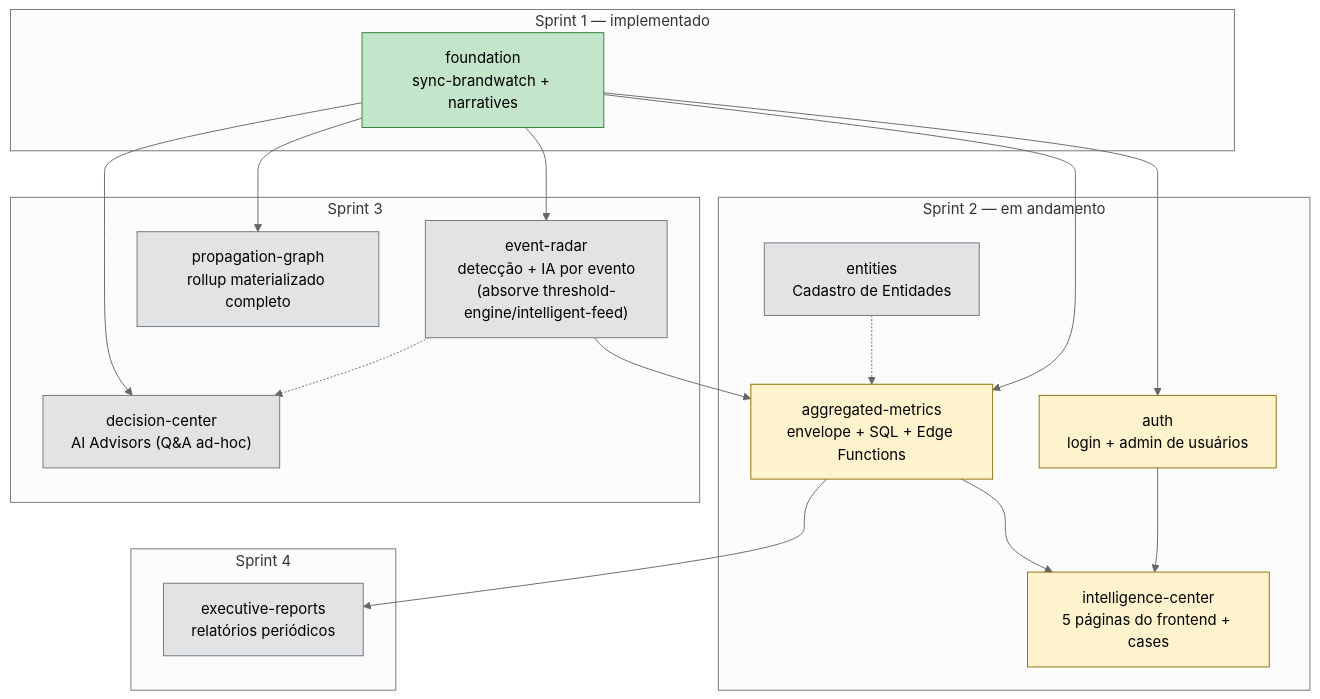
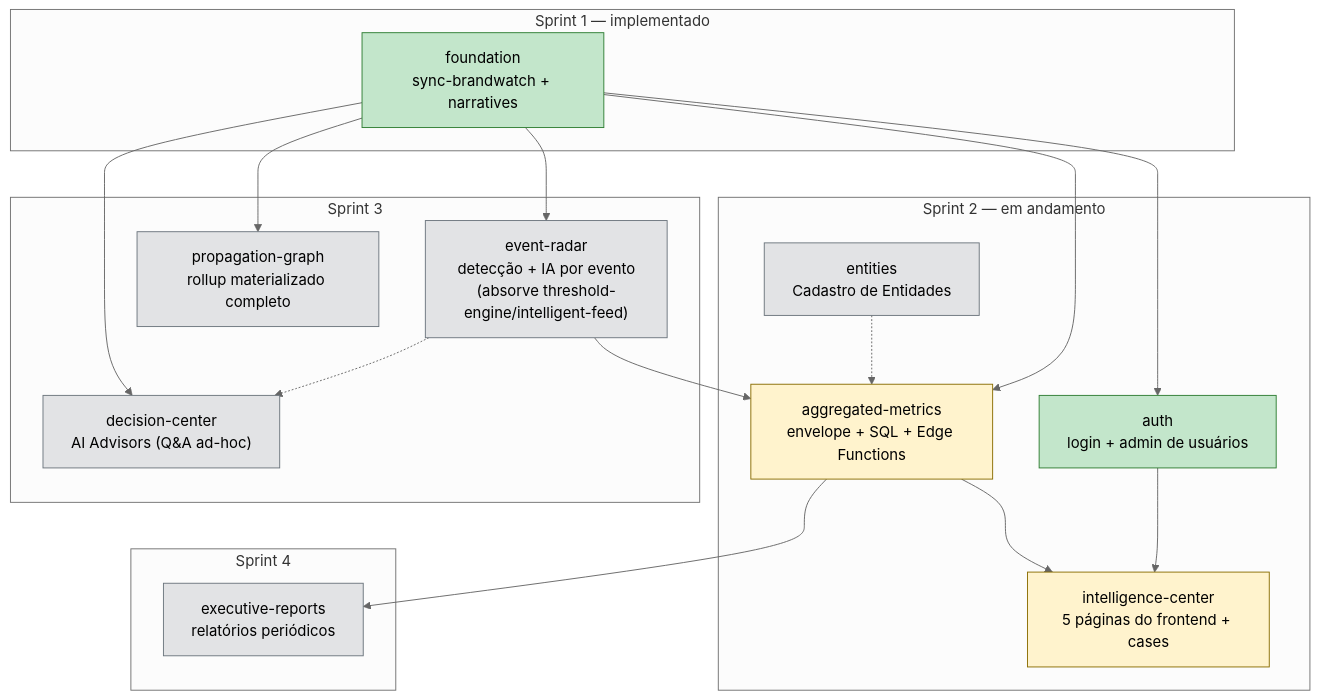
Before and after one commit to reputationcustom/dev-reputation: the diagram in .dev/specs/_architecture.md, drawn with Mermaid (neutral theme). The commit also changed other lines of this file and 16 other files, not shown here.

````diff
--- a/.dev/specs/_architecture.md
+++ b/.dev/specs/_architecture.md
@@ -20,48 +20,48 @@
 ```mermaid
 graph TD
     subgraph SPRINT1["Sprint 1 — implementado"]
         FOUNDATION["foundation<br/>sync-brandwatch + narratives"]
     end
 
     subgraph SPRINT2["Sprint 2 — em andamento"]
         AUTH["auth<br/>login + admin de usuários"]
         AGGMETRICS["aggregated-metrics<br/>envelope + SQL + Edge Functions"]
         INTEL["intelligence-center<br/>5 páginas do frontend + cases"]
         ENTITIES["entities<br/>Cadastro de Entidades"]
     end
 
     subgraph SPRINT3["Sprint 3"]
         EVENTRADAR["event-radar<br/>detecção + IA por evento<br/>(absorve threshold-engine/intelligent-feed)"]
         PROPGRAPH["propagation-graph<br/>rollup materializado completo"]
         DECISIONCENTER["decision-center<br/>AI Advisors (Q&A ad-hoc)"]
     end
 
     subgraph SPRINT4["Sprint 4"]
         REPORTS["executive-reports<br/>relatórios periódicos"]
     end
 
     FOUNDATION --> AUTH
     FOUNDATION --> AGGMETRICS
     FOUNDATION --> EVENTRADAR
     FOUNDATION --> PROPGRAPH
     FOUNDATION --> DECISIONCENTER
 
     AUTH --> INTEL
     AGGMETRICS --> INTEL
     ENTITIES -.-> AGGMETRICS
 
     EVENTRADAR --> AGGMETRICS
     EVENTRADAR -.-> DECISIONCENTER
 
     AGGMETRICS --> REPORTS
 
     style FOUNDATION fill:#c3e6cb,stroke:#2e7d32
-    style AUTH fill:#fff3cd,stroke:#8a6d00
+    style AUTH fill:#c3e6cb,stroke:#2e7d32
     style AGGMETRICS fill:#fff3cd,stroke:#8a6d00
     style INTEL fill:#fff3cd,stroke:#8a6d00
     style ENTITIES fill:#e2e3e5,stroke:#6c757d
     style EVENTRADAR fill:#e2e3e5,stroke:#6c757d
     style PROPGRAPH fill:#e2e3e5,stroke:#6c757d
     style DECISIONCENTER fill:#e2e3e5,stroke:#6c757d
     style REPORTS fill:#e2e3e5,stroke:#6c757d
 ```
````
